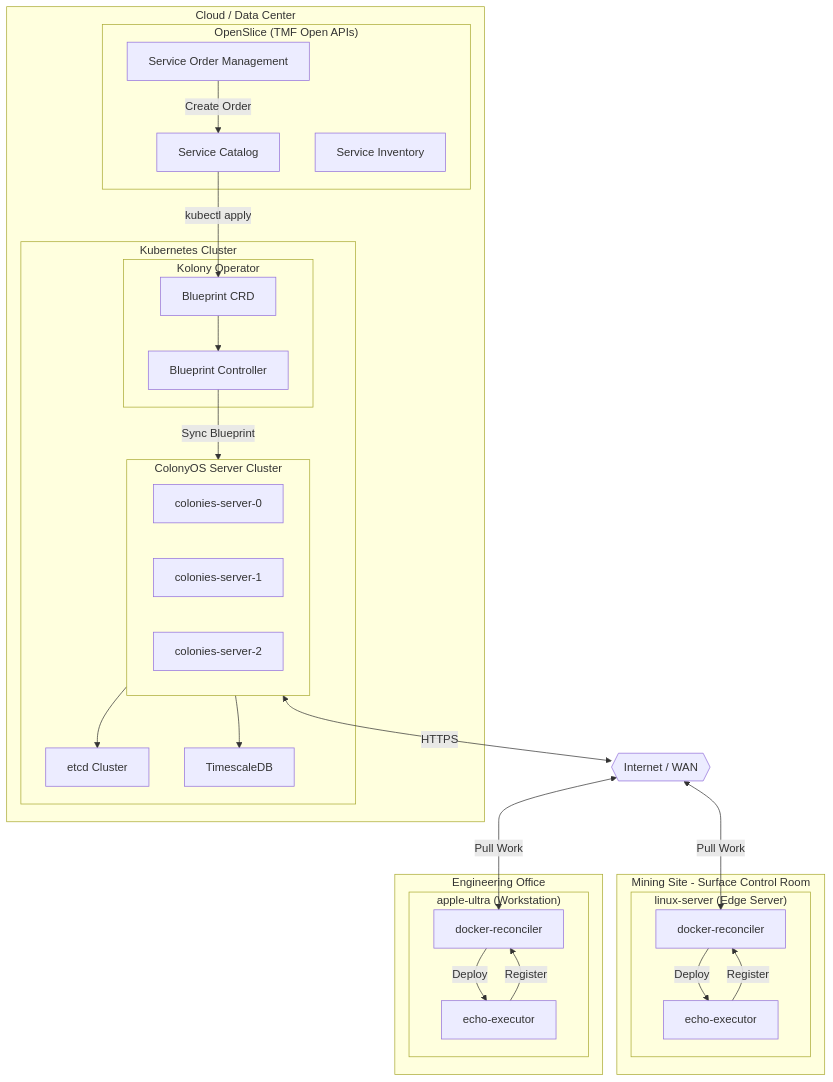
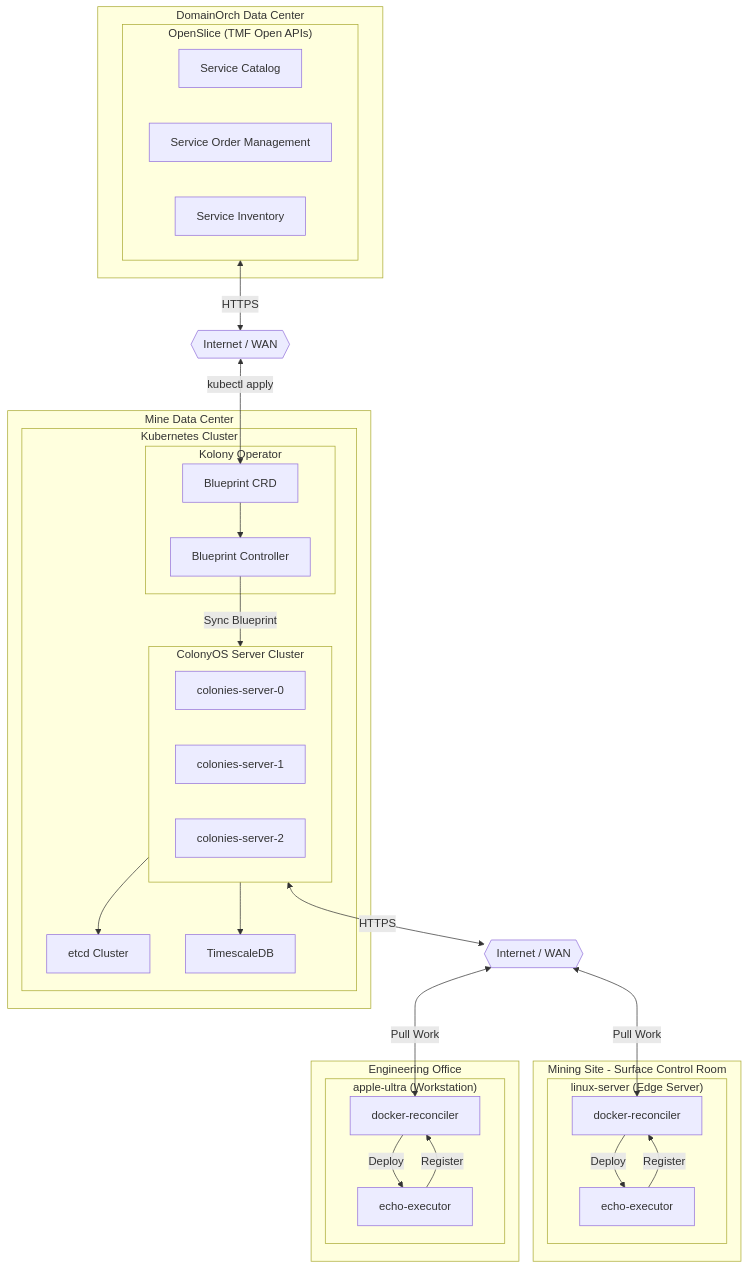
The first of 2 diagrams in cop-pilot-demo/README.md (colonyos/kolony), drawn with Mermaid before and after one commit.

Commit message:
Documentation explaining COP-Pilot demo

````diff
--- a/cop-pilot-demo/README.md
+++ b/cop-pilot-demo/README.md
@@ -18,58 +18,62 @@
 ```mermaid
 flowchart TB
-    subgraph Cloud["Cloud / Data Center"]
+    subgraph DomainOrch["DomainOrch Data Center"]
         subgraph OpenSlice["OpenSlice (TMF Open APIs)"]
             ServiceCatalog["Service Catalog"]
             ServiceOrder["Service Order Management"]
             ServiceInventory["Service Inventory"]
         end
+    end
 
+    Internet1{{"Internet / WAN"}}
+
+    subgraph MineDataCenter["Mine Data Center"]
         subgraph Kubernetes["Kubernetes Cluster"]
             subgraph ColoniesCluster["ColonyOS Server Cluster"]
                 Server1["colonies-server-0"]
                 Server2["colonies-server-1"]
                 Server3["colonies-server-2"]
             end
 
             subgraph Kolony["Kolony Operator"]
                 BlueprintCRD["Blueprint CRD"]
                 Controller["Blueprint Controller"]
             end
 
             etcd["etcd Cluster"]
             TimescaleDB["TimescaleDB"]
         end
     end
 
-    Internet{{"Internet / WAN"}}
+    Internet2{{"Internet / WAN"}}
 
     subgraph Site1["Mining Site - Surface Control Room"]
         subgraph LinuxServer["linux-server (Edge Server)"]
             Reconciler2["docker-reconciler"]
             Container2["echo-executor"]
         end
     end
 
     subgraph Site2["Engineering Office"]
         subgraph AppleUltra["apple-ultra (Workstation)"]
             Reconciler1["docker-reconciler"]
             Container1["echo-executor"]
         end
     end
 
-    ServiceOrder -->|"Create Order"| ServiceCatalog
-    ServiceCatalog -->|"kubectl apply"| BlueprintCRD
+    OpenSlice <-->|"HTTPS"| Internet1
+    Internet1 <-->|"kubectl apply"| BlueprintCRD
     BlueprintCRD --> Controller
     Controller -->|"Sync Blueprint"| ColoniesCluster
     ColoniesCluster --> etcd
     ColoniesCluster --> TimescaleDB
 
-    ColoniesCluster <-->|"HTTPS"| Internet
-    Internet <-->|"Pull Work"| Reconciler1
-    Internet <-->|"Pull Work"| Reconciler2
+    ColoniesCluster <-->|"HTTPS"| Internet2
+    Internet2 <-->|"Pull Work"| Reconciler1
+    Internet2 <-->|"Pull Work"| Reconciler2
 
     Reconciler1 -->|"Deploy"| Container1
     Reconciler2 -->|"Deploy"| Container2
     Container1 -->|"Register"| Reconciler1
     Container2 -->|"Register"| Reconciler2
 ```
````
